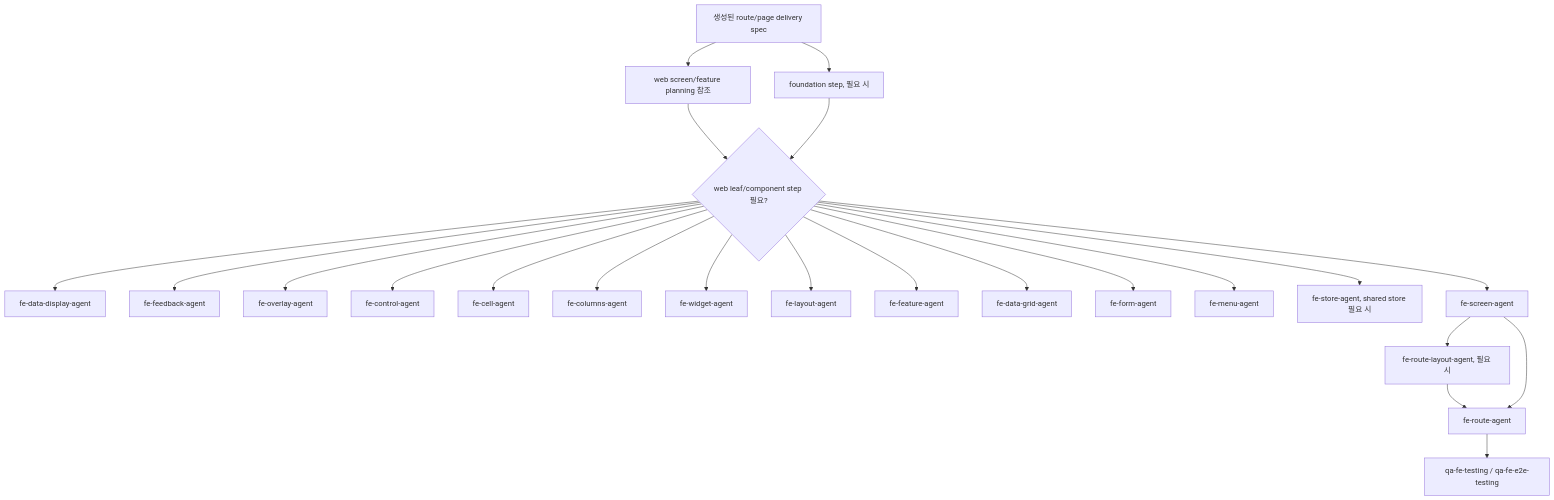
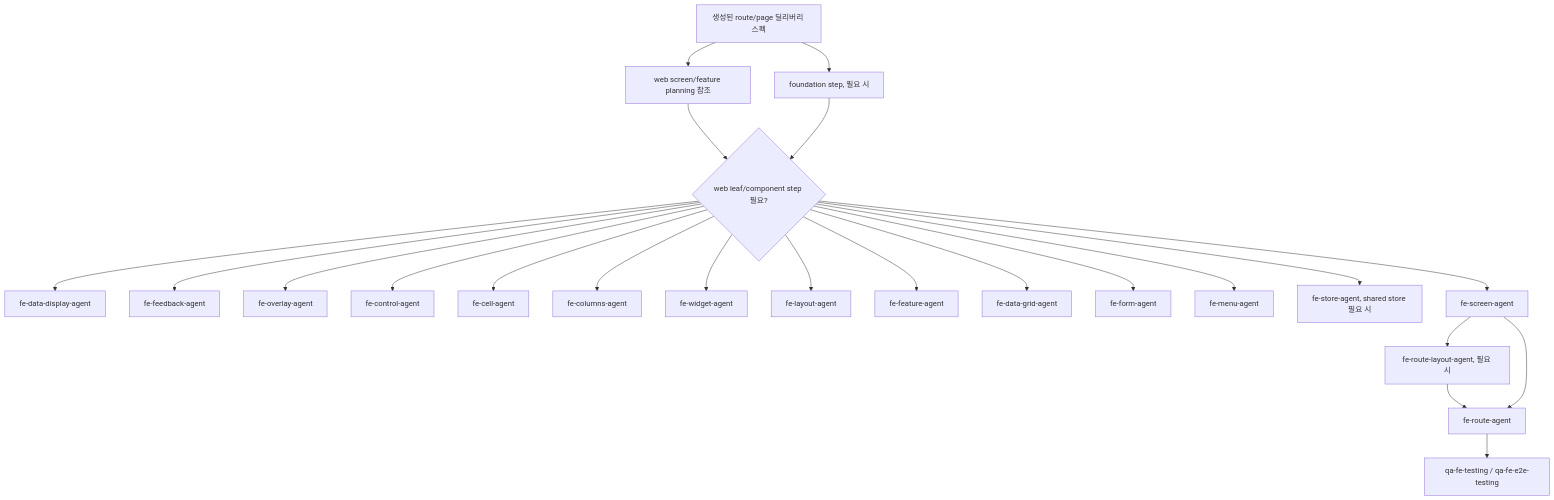
The fifth of 6 diagrams in docs/orchestration-agent-relationship-flow.md (kimjoongwon/prj-core), drawn with Mermaid before and after one commit. The commit also changed other lines of this file and 214 other files, not shown here.

````diff
--- a/docs/orchestration-agent-relationship-flow.md
+++ b/docs/orchestration-agent-relationship-flow.md
@@ -249,25 +252,25 @@
 ```mermaid
 flowchart TD
-  Spec["생성된 route/page delivery spec"] --> Planning["web screen/feature planning 참조"]
+  Spec["생성된 route/page 딜리버리 스펙"] --> Planning["web screen/feature planning 참조"]
   Planning --> Leaf{"web leaf/component step 필요?"}
   Spec --> Foundation["foundation step, 필요 시"]
   Foundation --> Leaf
   Leaf --> DataDisplay["fe-data-display-agent"]
   Leaf --> Feedback["fe-feedback-agent"]
   Leaf --> Overlay["fe-overlay-agent"]
   Leaf --> Control["fe-control-agent"]
   Leaf --> Cell["fe-cell-agent"]
   Leaf --> Columns["fe-columns-agent"]
   Leaf --> Widget["fe-widget-agent"]
   Leaf --> Layout["fe-layout-agent"]
   Leaf --> Feature["fe-feature-agent"]
   Leaf --> DataGrid["fe-data-grid-agent"]
   Leaf --> Form["fe-form-agent"]
   Leaf --> Menu["fe-menu-agent"]
   Leaf --> Store["fe-store-agent, shared store 필요 시"]
   Leaf --> Page["fe-screen-agent"]
   Page --> RouteLayout["fe-route-layout-agent, 필요 시"]
   RouteLayout --> Route["fe-route-agent"]
   Page --> Route
   Route --> QA["qa-fe-testing / qa-fe-e2e-testing"]
 ```
````
